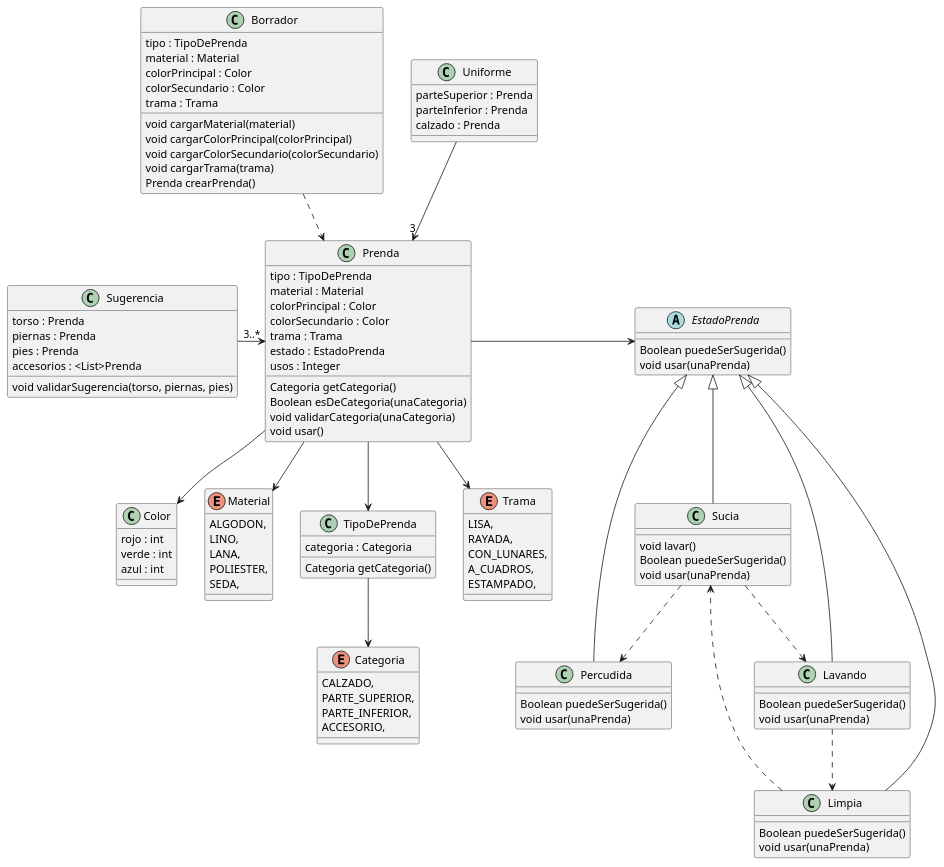
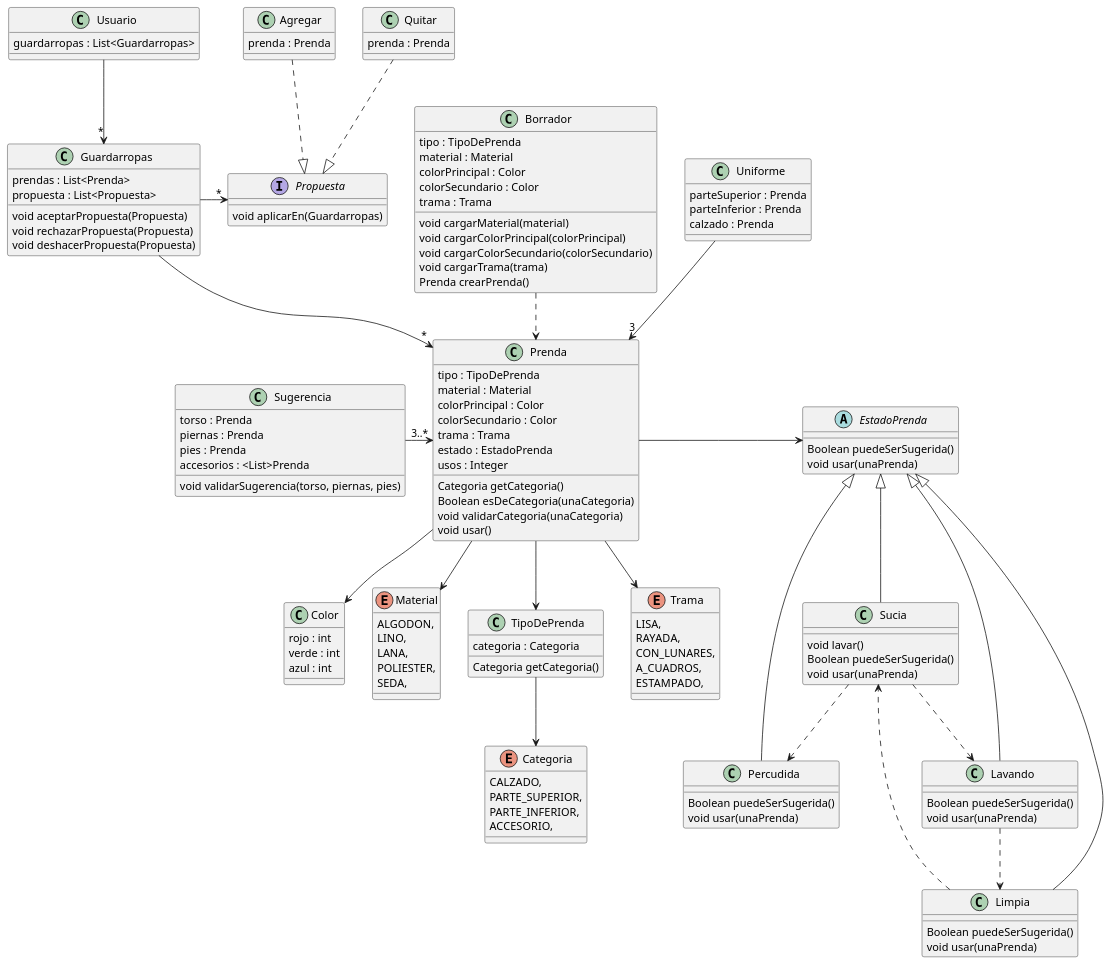
Before and after one commit to mbeorlegui/que-me-pongo: the diagram in diagrama.puml, drawn with PlantUML. The commit also changed 2 other files, not shown here.

```diff
--- a/diagrama.puml
+++ b/diagrama.puml
@@ -1,153 +1,187 @@
-@startuml QMP2
+@startuml QMP5
 
 class Prenda {
   tipo : TipoDePrenda
   material : Material
   colorPrincipal : Color
   colorSecundario : Color
   trama : Trama
   estado : EstadoPrenda
   usos : Integer
 
   Categoria getCategoria()
   Boolean esDeCategoria(unaCategoria)
   void validarCategoria(unaCategoria)
   void usar()
 }
 
 
 class Color {
   rojo : int
   verde : int
   azul : int 
 }
 
 enum Categoria {
   CALZADO,
   PARTE_SUPERIOR,
   PARTE_INFERIOR,
   ACCESORIO,
 }
 
 enum Material {
   ALGODON,
   LINO,
   LANA,
   POLIESTER,
   SEDA,
 }
 
 class TipoDePrenda {
   categoria : Categoria  
   
   Categoria getCategoria()
 }
 
 Prenda --> Material
 Prenda --> TipoDePrenda
 Prenda --> Color
 TipoDePrenda --> Categoria
 ' Prenda conoce su Material
 ' Prenda --> "1" Categoria
 
 
 enum Trama{
   LISA,
   RAYADA,
   CON_LUNARES,
   A_CUADROS,
   ESTAMPADO,
 }
 
 ' Trama corresponde a la tela, eso quiere decir que
 ' corresponde al Material? De ser asi debemos agregarle comportamiento
 ' al enum de Material creo
 ' IMO: Hay que agregarlo directamente a la prenda como propiedad
 Prenda --> Trama
 
 ' El borrador deberia ser una clase "parecida" a la Prenda, e
 ' incluso dentro de su constructor, podemos hacer las validaciones
 ' de los datos para crear a la prenda desde alli
 
 class Borrador {
   tipo : TipoDePrenda
   material : Material
   colorPrincipal : Color
   colorSecundario : Color
   trama : Trama
 
   void cargarMaterial(material)
   void cargarColorPrincipal(colorPrincipal)
   void cargarColorSecundario(colorSecundario)
   void cargarTrama(trama)
   Prenda crearPrenda()
 }
 
 class Uniforme {
   parteSuperior : Prenda
   parteInferior : Prenda
   calzado : Prenda
 }
 
 Uniforme -->"3" Prenda
 Borrador ..> Prenda
 
 
 class Sugerencia {
   torso : Prenda
   piernas : Prenda
   pies : Prenda
   accesorios : <List>Prenda
 
   void validarSugerencia(torso, piernas, pies)
 
 }
 
 
 Sugerencia -> "3..*" Prenda
 
 
 ' Para la segunda parte usamos el patron State
 
 abstract EstadoPrenda {
   Boolean puedeSerSugerida()
   void usar(unaPrenda)
 }
 
 class Sucia {
   void lavar()
   Boolean puedeSerSugerida()
   void usar(unaPrenda)
 }
 
 class Percudida {
   Boolean puedeSerSugerida()
   void usar(unaPrenda)
 }
 
 class Limpia {
   Boolean puedeSerSugerida()
   void usar(unaPrenda)
 }
 
 class Lavando {
   Boolean puedeSerSugerida()
   void usar(unaPrenda)
 }
 ' No esta clara la transicion de estado que tiene el estado Lavando
 ' por lo que decidimos que mientras se esta lavando se pueda usar
 ' y cuando eso suceda, pasara a Limpia
 
 EstadoPrenda <|-- Sucia
 EstadoPrenda <|-- Percudida
 EstadoPrenda <|-- Limpia
 EstadoPrenda <|-- Lavando
 
 Sucia ..> Percudida
 Sucia ..> Lavando
 Lavando ..> Limpia
 Limpia ..> Sucia
 
 Prenda -right-> EstadoPrenda
 
+class Guardarropas {
+  prendas : List<Prenda>
+  propuesta : List<Propuesta>
+
+  void aceptarPropuesta(Propuesta)
+  void rechazarPropuesta(Propuesta)
+  void deshacerPropuesta(Propuesta)
+}
+
+' Se consiguen las propuestas existentes con getPropuestas
+
+class Usuario {
+  guardarropas : List<Guardarropas>
+}
+
+interface Propuesta {
+  void aplicarEn(Guardarropas)
+}
+
+class Agregar {
+  prenda : Prenda
+}
+
+class Quitar {
+  prenda : Prenda
+}
+
+Guardarropas --> "*" Prenda
+Usuario --> "*" Guardarropas
+Guardarropas -right-> "*" Propuesta
+
+Agregar .down.|> Propuesta
+Quitar .down.|> Propuesta
+
 @enduml
```
